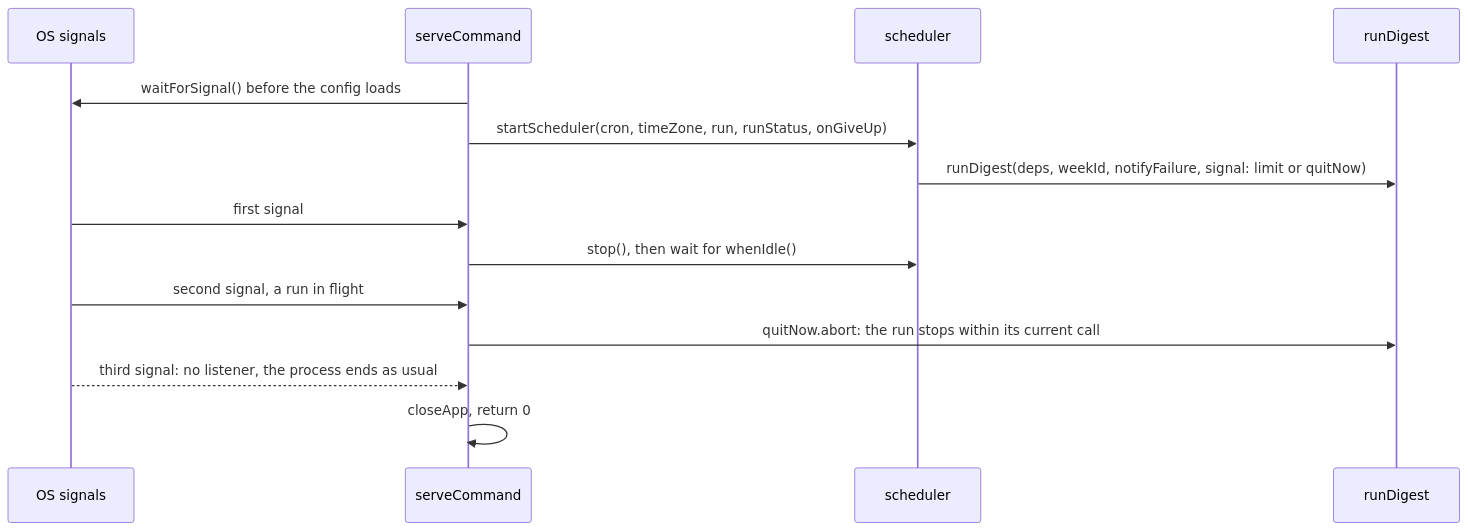
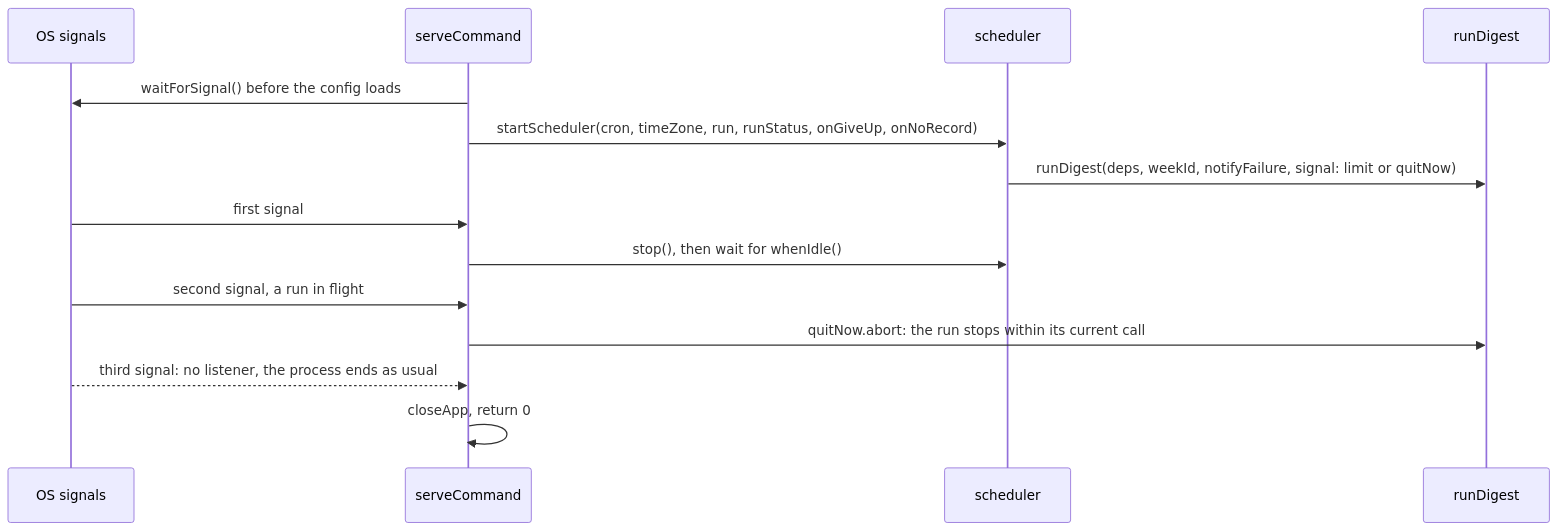
Before and after one commit to odere-pro/weekly-engineering-digest-agent: the second of 2 diagrams in src/cli/serve/CLAUDE.md, drawn with Mermaid. The commit also changed other lines of this file and 72 other files, not shown here.

````diff
--- a/src/cli/serve/CLAUDE.md
+++ b/src/cli/serve/CLAUDE.md
@@ -24,16 +25,16 @@
 ```mermaid
 sequenceDiagram
   participant os as OS signals
   participant serve as serveCommand
   participant sched as scheduler
   participant run as runDigest
   serve->>os: waitForSignal() before the config loads
-  serve->>sched: startScheduler(cron, timeZone, run, runStatus, onGiveUp)
+  serve->>sched: startScheduler(cron, timeZone, run, runStatus, onGiveUp, onNoRecord)
   sched->>run: runDigest(deps, weekId, notifyFailure, signal: limit or quitNow)
   os->>serve: first signal
   serve->>sched: stop(), then wait for whenIdle()
   os->>serve: second signal, a run in flight
   serve->>run: quitNow.abort: the run stops within its current call
   os-->>serve: third signal: no listener, the process ends as usual
   serve->>serve: closeApp, return 0
 ```
````
